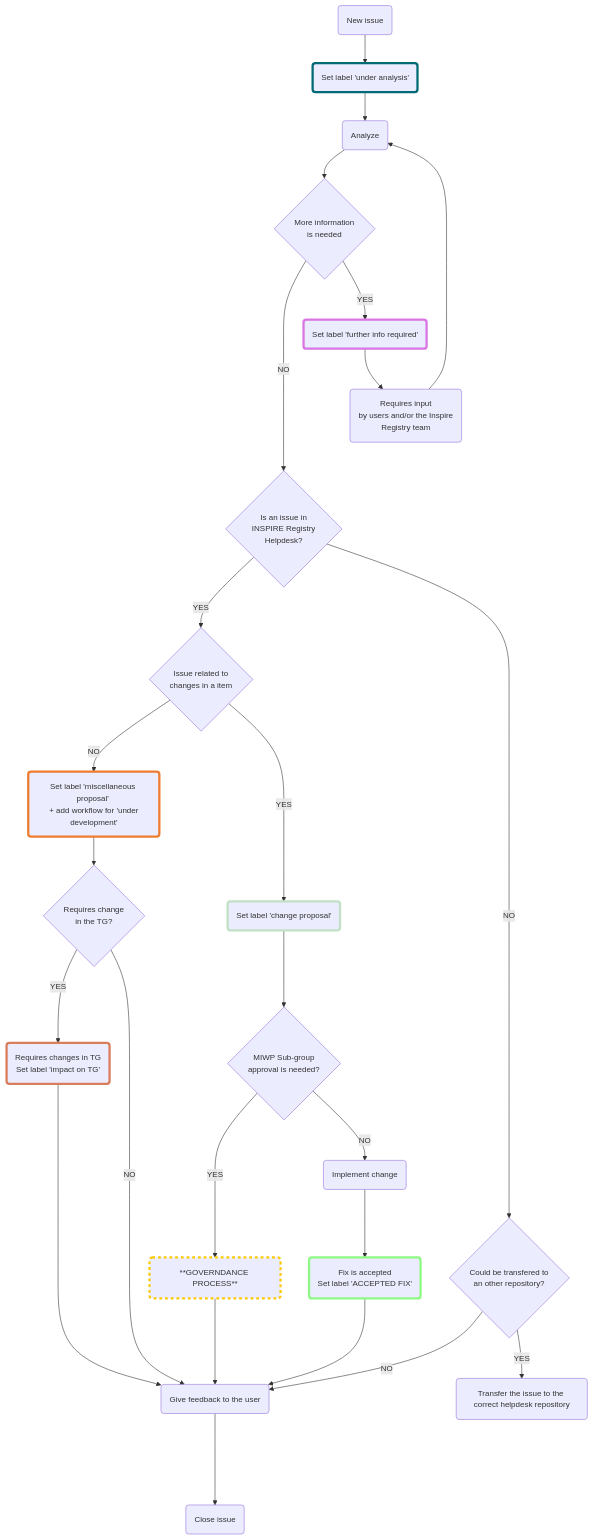
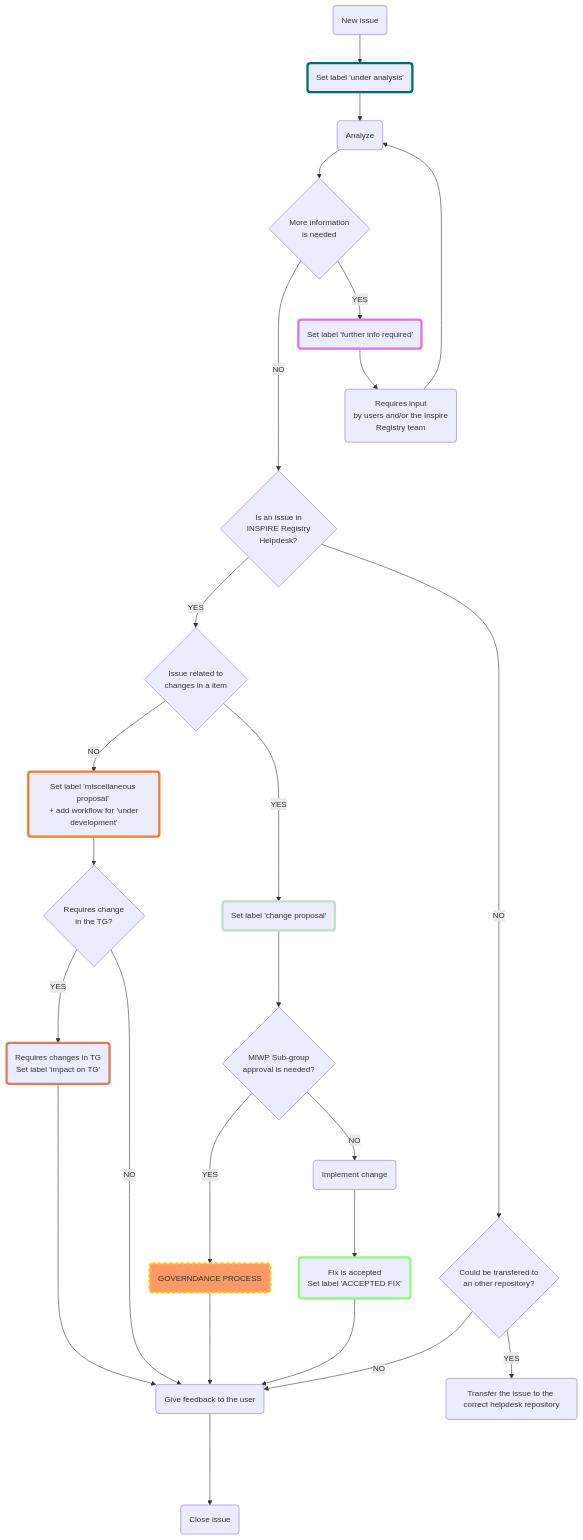
One commit to INSPIRE-MIF/helpdesk-registry changed the diagram in helpdesk-management/README.md. Above: the diagram before and after it, drawn with Mermaid.

```diff
--- a/helpdesk-management/README.md
+++ b/helpdesk-management/README.md
@@ -106,8 +106,8 @@
     %% style labelUnderScrut stroke-width:4px, stroke: #fbca04
 
     %% SET LABEL UNDER SCRUTINY (SUBMITTED-VALID) [NODE]
-    labelGovernanceProcess("**GOVERNDANCE PROCESS**")
-    style labelGovernanceProcess stroke-width:4px, stroke: #fbca04, stroke-dasharray: 5 5
+    labelGovernanceProcess("GOVERNDANCE PROCESS")
+    style labelGovernanceProcess stroke-width:4px, stroke: #fbca04, stroke-dasharray: 5 5, fill:#f96
 
     %% IMPLEMENT THE CHANGES / ACCEPT... [NODE]
     %% implementChanges("Implement the changes / accept \n actions by control body. \n Give feedback in the issue \n about the status of the process")
```
